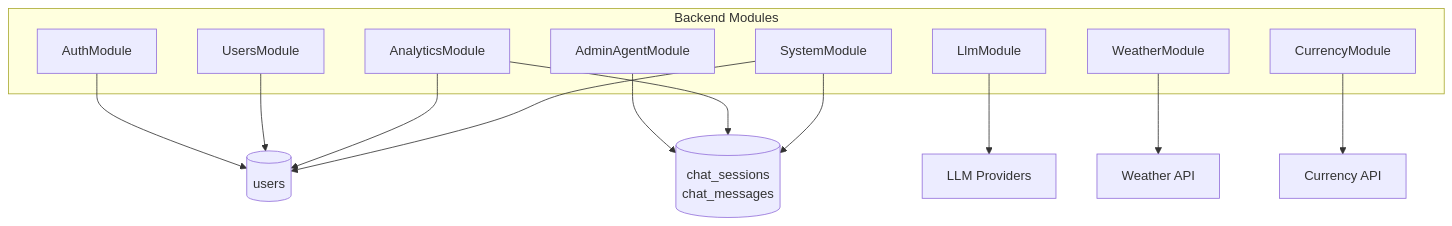
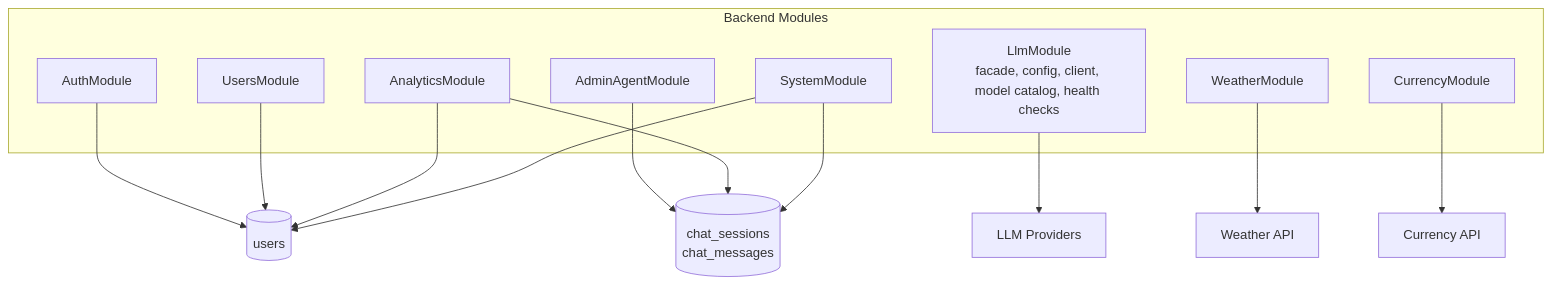
The fourth of 6 diagrams in documents/architecture-diagram.md (Poratt/Agentic-Agent), drawn with Mermaid before and after one commit. The commit also changed other lines of this file and 21 other files, not shown here.

````diff
--- a/documents/architecture-diagram.md
+++ b/documents/architecture-diagram.md
@@ -163,22 +175,21 @@
 ```mermaid
 flowchart TB
   subgraph Modules["Backend Modules"]
     Auth["AuthModule"]
     Users["UsersModule"]
     AdminAgent["AdminAgentModule"]
-    LLM["LlmModule"]
+    LLM["LlmModule\nfacade, config, client, model catalog, health checks"]
     System["SystemModule"]
     Weather["WeatherModule"]
     Analytics["AnalyticsModule"]
     Currency["CurrencyModule"]
   end
 
   Auth & Users --> UsersDb[(users)]
   AdminAgent --> ChatDb[(chat_sessions\nchat_messages)]
   Analytics --> UsersDb & ChatDb
   System --> UsersDb & ChatDb
   Weather --> WeatherApi[Weather API]
   Currency --> CurrencyApi[Currency API]
   LLM --> Providers[LLM Providers]
-
 ```
````
